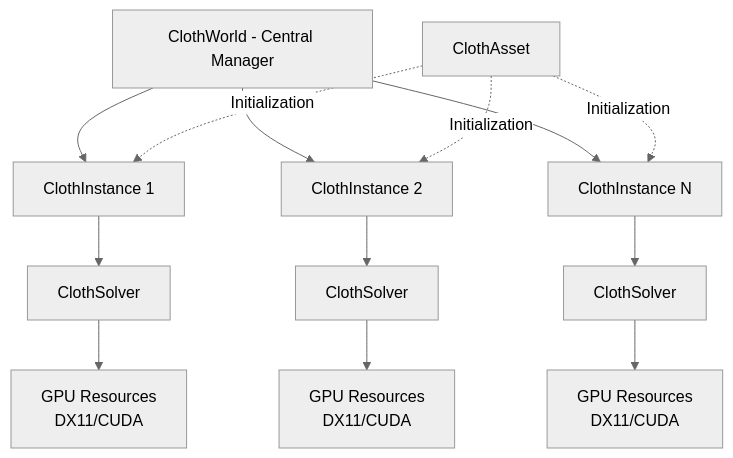
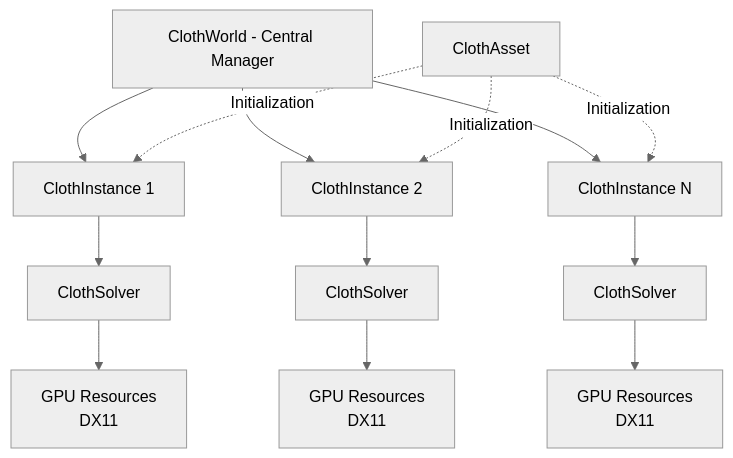
The first of 4 diagrams in plans/cloth-advanced-features-architecture.md (choux-croquant/GTL_1st_cohort), drawn with Mermaid (neutral theme) before and after one commit. The commit also changed other lines of this file and 20 other files, not shown here.

````diff
--- a/plans/cloth-advanced-features-architecture.md
+++ b/plans/cloth-advanced-features-architecture.md
@@ -14,19 +14,19 @@
 ```mermaid
 graph TB
     ClothWorld[ClothWorld - Central Manager]
     ClothWorld --> Instance1[ClothInstance 1]
     ClothWorld --> Instance2[ClothInstance 2]
     ClothWorld --> InstanceN[ClothInstance N]
     
     Instance1 --> Solver1[ClothSolver]
     Instance2 --> Solver2[ClothSolver]
     InstanceN --> SolverN[ClothSolver]
     
-    Solver1 --> GPU1[GPU Resources<br/>DX11/CUDA]
-    Solver2 --> GPU2[GPU Resources<br/>DX11/CUDA]
-    SolverN --> GPUN[GPU Resources<br/>DX11/CUDA]
+    Solver1 --> GPU1[GPU Resources<br/>DX11]
+    Solver2 --> GPU2[GPU Resources<br/>DX11]
+    SolverN --> GPUN[GPU Resources<br/>DX11]
     
     Asset[ClothAsset] -.->|Initialization| Instance1
     Asset -.->|Initialization| Instance2
     Asset -.->|Initialization| InstanceN
 ```
````
